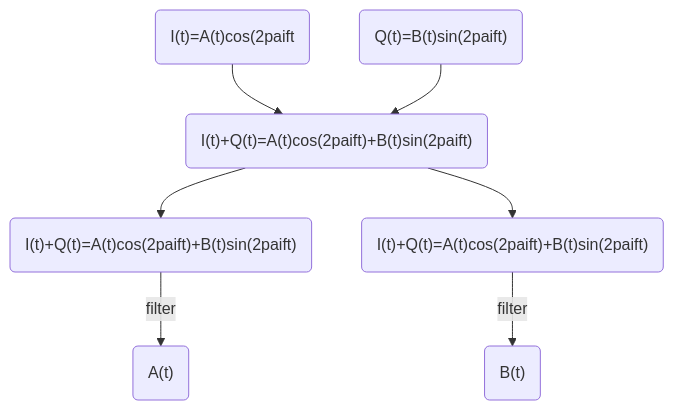
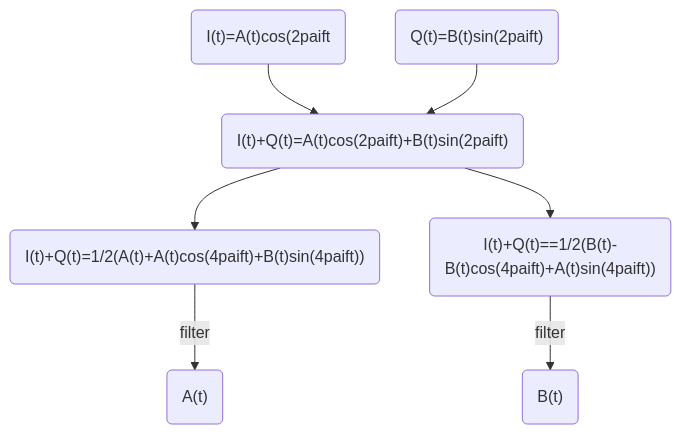
Before and after one commit to zqt2003/QAM_quadrature-amplitude-modlation: the diagram in quadrature.md, drawn with Mermaid.

Commit message:
quadrature.md

````diff
--- a/quadrature.md
+++ b/quadrature.md
@@ -3,15 +3,15 @@
 ```mermaid
 flowchart TD
 A("I(t)=A(t)cos(2paift")
 B("Q(t)=B(t)sin(2paift)")
 C("I(t)+Q(t)=A(t)cos(2paift)+B(t)sin(2paift)")
-D("I(t)+Q(t)=A(t)cos(2paift)+B(t)sin(2paift)")
-E("I(t)+Q(t)=A(t)cos(2paift)+B(t)sin(2paift)")
+D("I(t)+Q(t)=1/2(A(t)+A(t)cos(4paift)+B(t)sin(4paift))")
+E("I(t)+Q(t)==1/2(B(t)-B(t)cos(4paift)+A(t)sin(4paift))")
 F("A(t)")
 G("B(t)")
 
 A-->C
 B-->C
 C-->D--filter-->F
 C-->E--filter-->G
 ```
````
